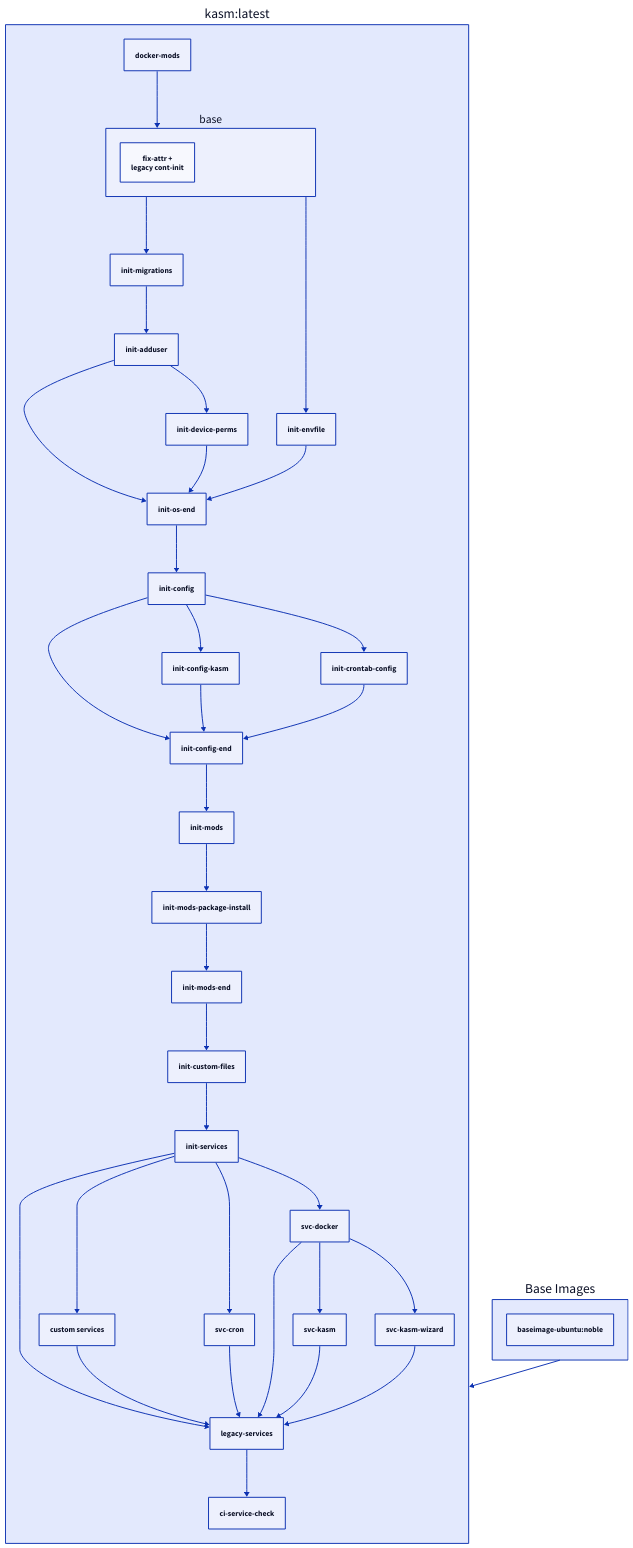
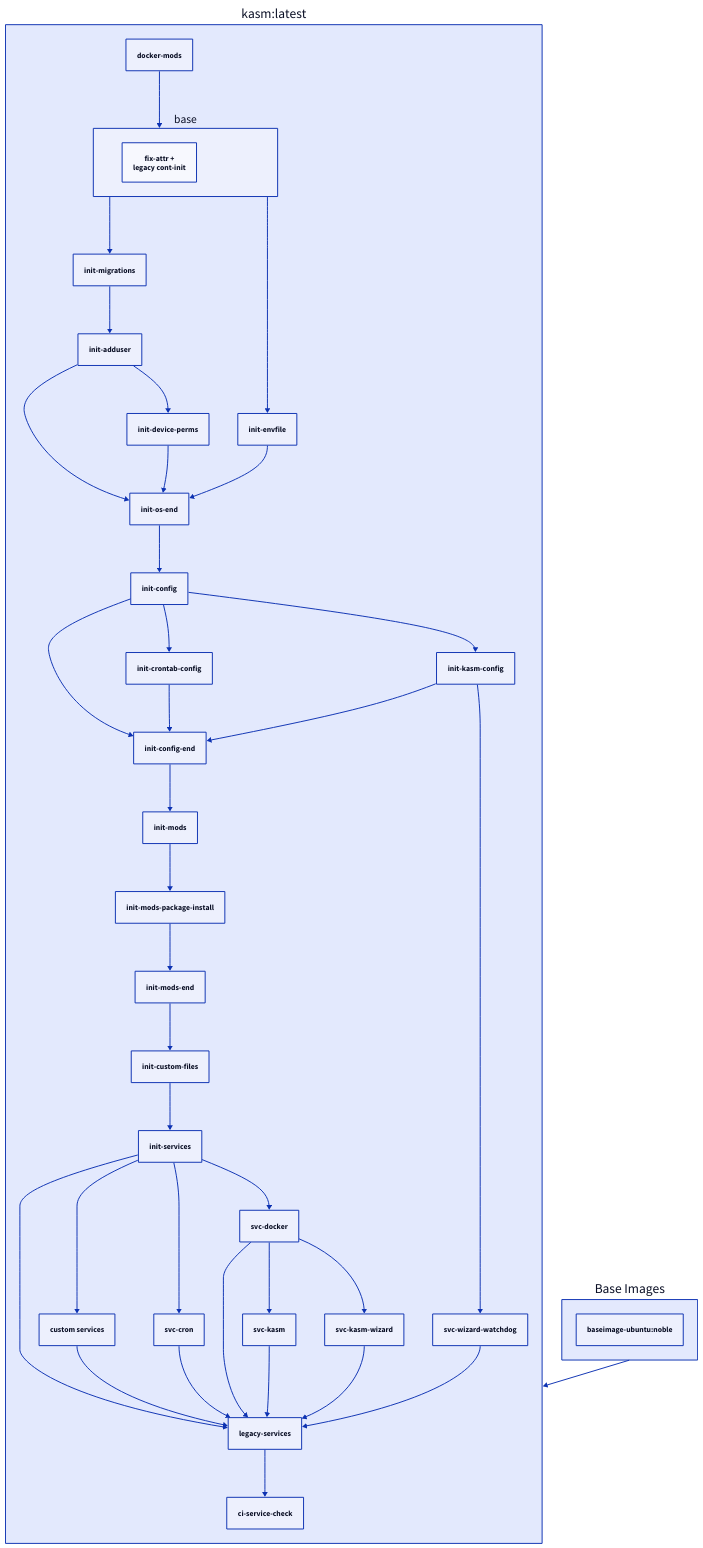
The diagram in docs/images/docker-kasm.md (linuxserver/docker-documentation), drawn with D2 before and after one commit. The commit also changed other lines of this file, not shown here.

````diff
--- a/docs/images/docker-kasm.md
+++ b/docs/images/docker-kasm.md
@@ -328,45 +337,47 @@
     ```d2
     "kasm:latest": {
       docker-mods
       base {
         fix-attr +\nlegacy cont-init
       }
       docker-mods -> base
       legacy-services
       custom services
       init-services -> legacy-services
       init-services -> custom services
       custom services -> legacy-services
       legacy-services -> ci-service-check
       init-migrations -> init-adduser
       init-os-end -> init-config
       init-config -> init-config-end
-      init-config-kasm -> init-config-end
       init-crontab-config -> init-config-end
-      init-config -> init-config-kasm
+      init-kasm-config -> init-config-end
       init-config -> init-crontab-config
       init-mods-end -> init-custom-files
       init-adduser -> init-device-perms
       base -> init-envfile
+      init-config -> init-kasm-config
       base -> init-migrations
       init-config-end -> init-mods
       init-mods-package-install -> init-mods-end
       init-mods -> init-mods-package-install
       init-adduser -> init-os-end
       init-device-perms -> init-os-end
       init-envfile -> init-os-end
       init-custom-files -> init-services
       init-services -> svc-cron
       svc-cron -> legacy-services
       init-services -> svc-docker
       svc-docker -> legacy-services
       svc-docker -> svc-kasm
       svc-kasm -> legacy-services
       svc-docker -> svc-kasm-wizard
       svc-kasm-wizard -> legacy-services
+      init-kasm-config -> svc-wizard-watchdog
+      svc-wizard-watchdog -> legacy-services
     }
     Base Images: {
       "baseimage-ubuntu:noble"
     }
     "kasm:latest" <- Base Images
     ```
````
